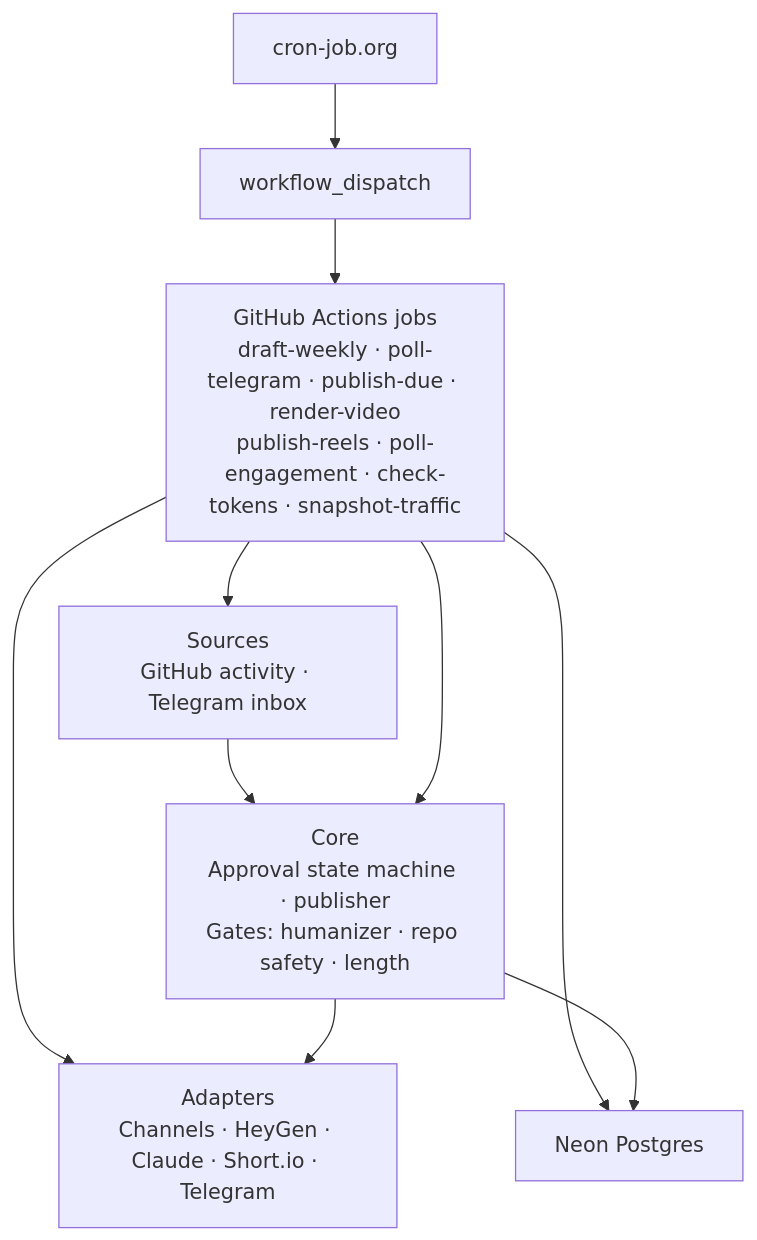
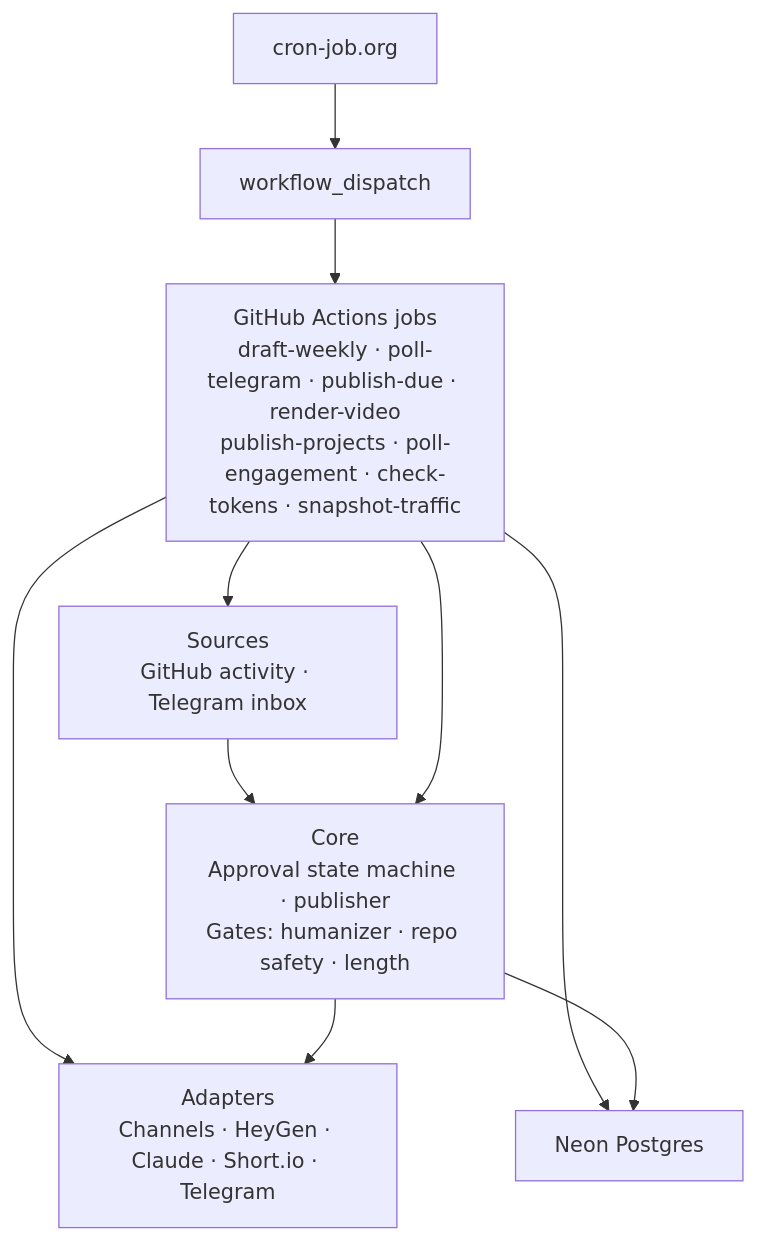
One commit to schemchuk/postpilot changed the first of 2 diagrams in README.md. Above: the diagram before and after it, drawn with Mermaid. The commit also changed other lines of this file and 27 other files, not shown here.

````diff
--- a/README.md
+++ b/README.md
@@ -43,12 +43,12 @@
 ```mermaid
 flowchart TD
     Cron["cron-job.org"] --> Dispatch["workflow_dispatch"]
-    Dispatch --> Jobs["GitHub Actions jobs<br/>draft-weekly · poll-telegram · publish-due · render-video<br/>publish-reels · poll-engagement · check-tokens · snapshot-traffic"]
+    Dispatch --> Jobs["GitHub Actions jobs<br/>draft-weekly · poll-telegram · publish-due · render-video<br/>publish-projects · poll-engagement · check-tokens · snapshot-traffic"]
     Jobs --> Sources["Sources<br/>GitHub activity · Telegram inbox"]
     Sources --> Core["Core<br/>Approval state machine · publisher<br/>Gates: humanizer · repo safety · length"]
     Jobs --> Core
     Jobs --> Adapters["Adapters<br/>Channels · HeyGen · Claude · Short.io · Telegram"]
     Core --> Adapters
     Jobs --> Store["Neon Postgres"]
     Core --> Store
 ```
````
